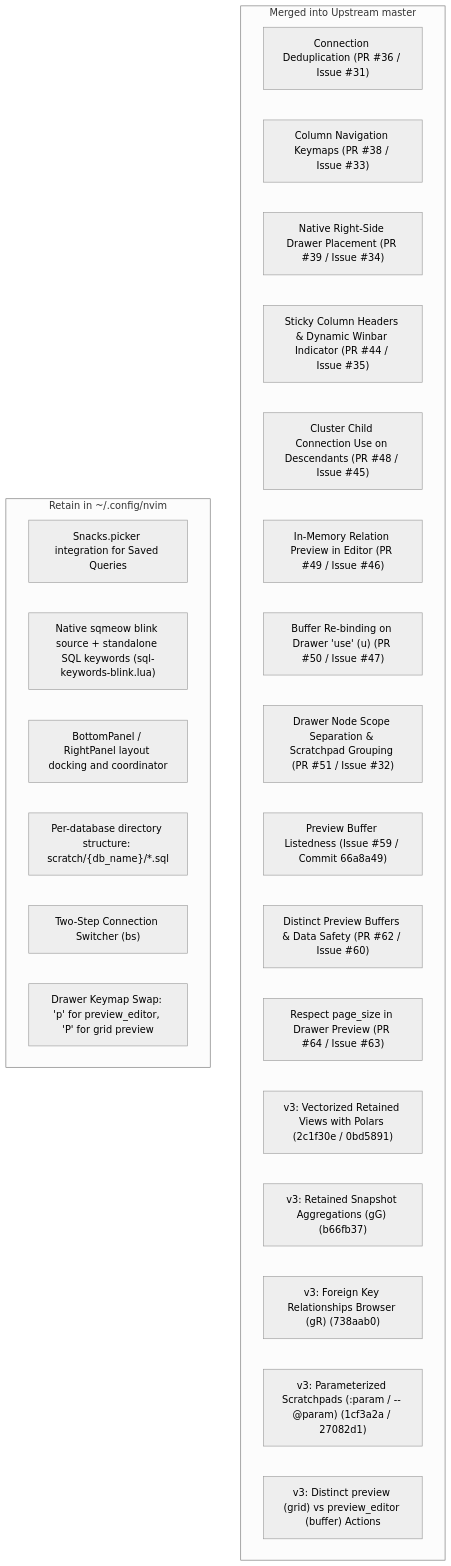
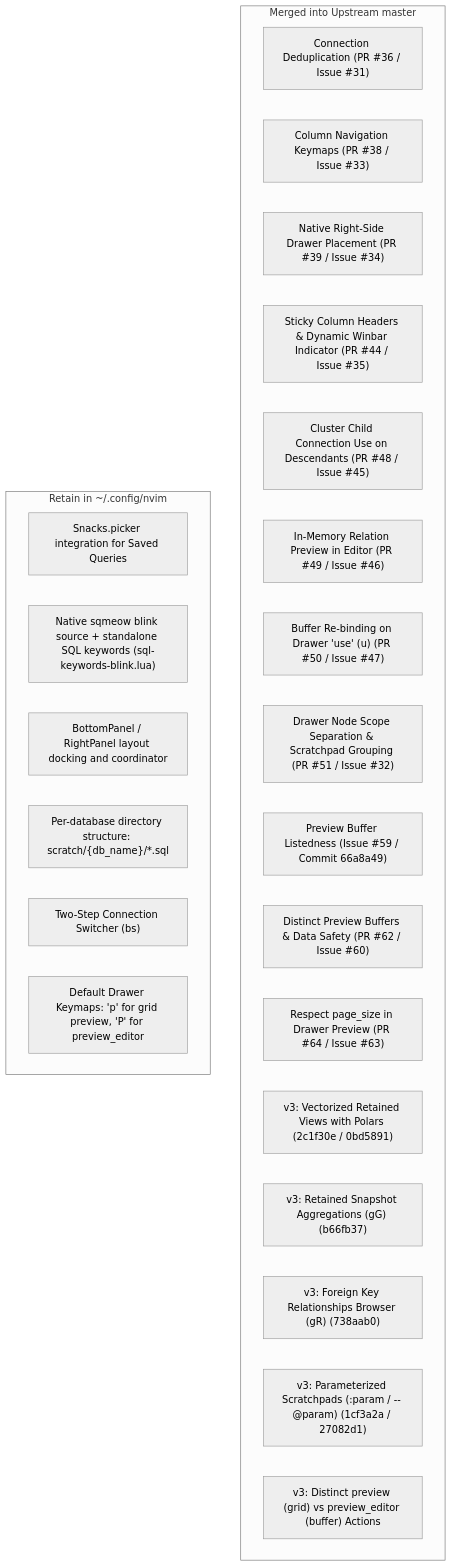
Before and after one commit to george-tk/nvim: the diagram in database_agent.md, drawn with Mermaid (neutral theme). The commit also changed other lines of this file and 2 other files, not shown here.

Commit message:
refactor(database): restore default p and P drawer keymaps and reduce boilerplate

````diff
--- a/database_agent.md
+++ b/database_agent.md
@@ -36,30 +36,30 @@
 ```mermaid
 flowchart TD
     subgraph Resolved Upstream [Merged into Upstream master]
         A["Connection Deduplication (PR #36 / Issue #31)"]
         C["Column Navigation Keymaps (PR #38 / Issue #33)"]
         I["Native Right-Side Drawer Placement (PR #39 / Issue #34)"]
         D["Sticky Column Headers & Dynamic Winbar Indicator (PR #44 / Issue #35)"]
         J["Cluster Child Connection Use on Descendants (PR #48 / Issue #45)"]
         K["In-Memory Relation Preview in Editor (PR #49 / Issue #46)"]
         L["Buffer Re-binding on Drawer 'use' (u) (PR #50 / Issue #47)"]
         B["Drawer Node Scope Separation & Scratchpad Grouping (PR #51 / Issue #32)"]
         N["Preview Buffer Listedness (Issue #59 / Commit 66a8a49)"]
         O["Distinct Preview Buffers & Data Safety (PR #62 / Issue #60)"]
         P["Respect page_size in Drawer Preview (PR #64 / Issue #63)"]
         Q["v3: Vectorized Retained Views with Polars (2c1f30e / 0bd5891)"]
         R["v3: Retained Snapshot Aggregations (gG) (b66fb37)"]
         S["v3: Foreign Key Relationships Browser (gR) (738aab0)"]
         T["v3: Parameterized Scratchpads (:param / -- @param) (1cf3a2a / 27082d1)"]
         U["v3: Distinct preview (grid) vs preview_editor (buffer) Actions"]
     end
 
     subgraph User Config Integrations [Retain in ~/.config/nvim]
         E["Snacks.picker integration for Saved Queries"]
         F["Native sqmeow blink source + standalone SQL keywords (sql-keywords-blink.lua)"]
         G["BottomPanel / RightPanel layout docking and coordinator"]
         H["Per-database directory structure: scratch/{db_name}/*.sql"]
         M["Two-Step Connection Switcher (<leader>bs)"]
-        V["Drawer Keymap Swap: 'p' for preview_editor, 'P' for grid preview"]
+        V["Default Drawer Keymaps: 'p' for grid preview, 'P' for preview_editor"]
     end
 ```
````
